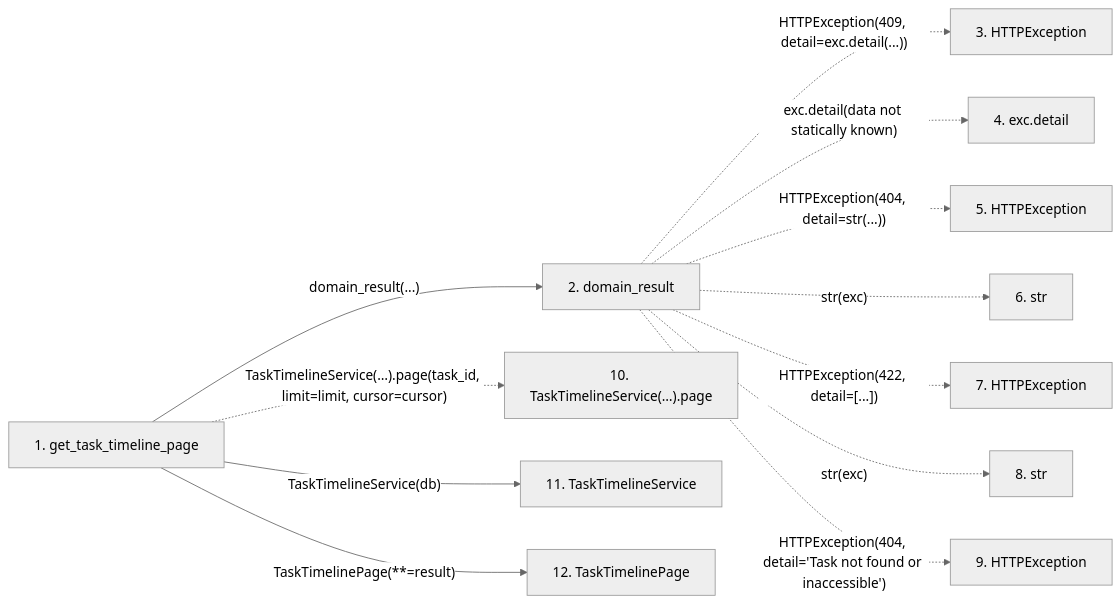
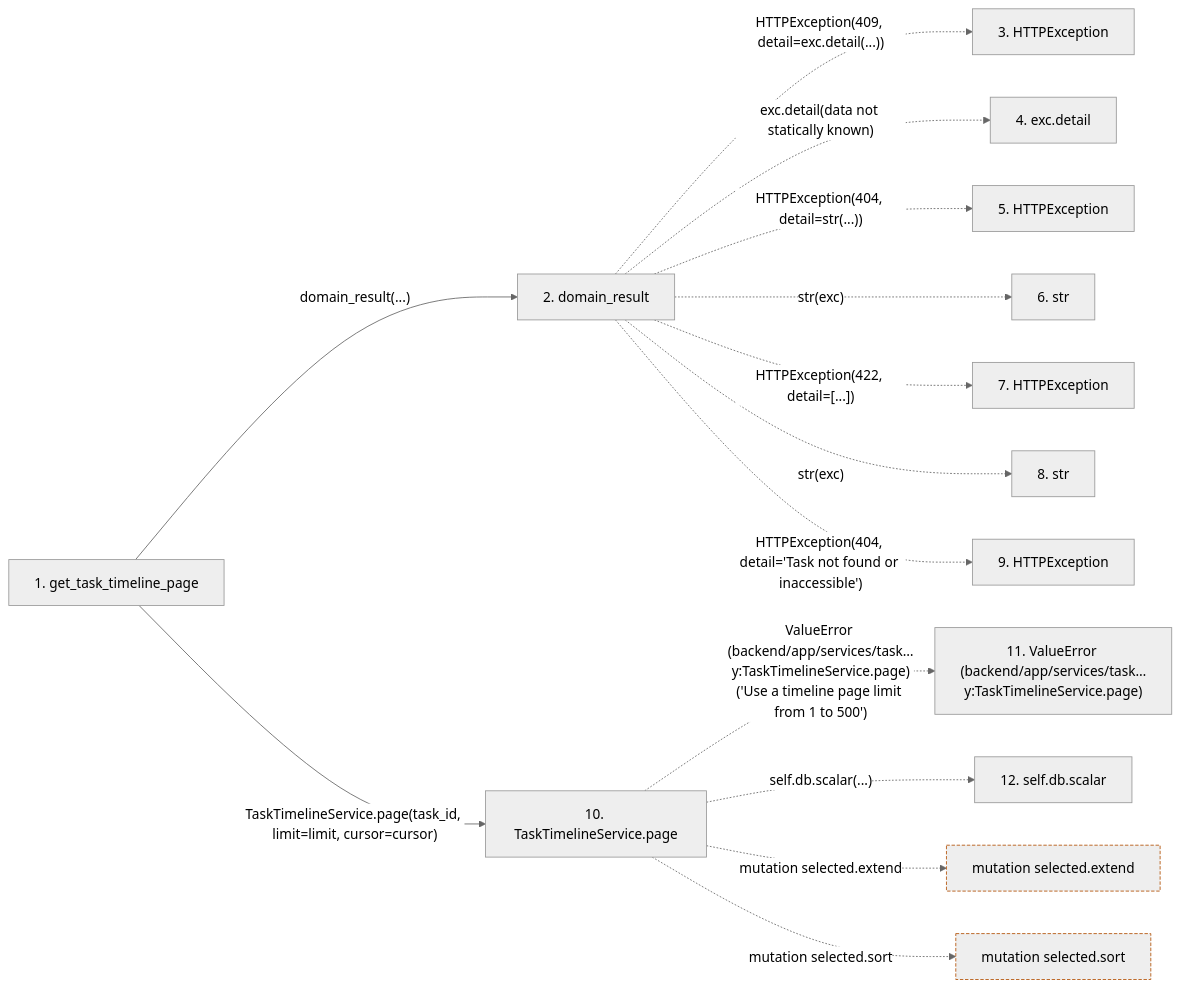
One commit to Denissvgn/WorkChord changed the second of 2 diagrams in docs/llm_wiki/flows/http-get_task_timeline_page.md. Above: the diagram before and after it, drawn with Mermaid (neutral theme). The commit also changed other lines of this file and 25171 other files, not shown here.

````diff
--- a/docs/llm_wiki/flows/http-get_task_timeline_page.md
+++ b/docs/llm_wiki/flows/http-get_task_timeline_page.md
@@ -36,30 +124,36 @@
 ```mermaid
 flowchart LR
     s1["1. get_task_timeline_page"]
     s2["2. domain_result"]
     s3["3. HTTPException"]
     s4["4. exc.detail"]
     s5["5. HTTPException"]
     s6["6. str"]
     s7["7. HTTPException"]
     s8["8. str"]
     s9["9. HTTPException"]
-    s10["10. TaskTimelineService(…).page"]
-    s11["11. TaskTimelineService"]
-    s12["12. TaskTimelinePage"]
+    s10["10. TaskTimelineService.page"]
+    s11["11. ValueError (backend/app/services/task…y:TaskTimelineService.page)"]
+    s12["12. self.db.scalar"]
     s1 -->|"domain_result(...)"| s2
     s2 -. "HTTPException(409, detail=exc.detail(...))" .-> s3
     s2 -. "exc.detail(data not statically known)" .-> s4
     s2 -. "HTTPException(404, detail=str(...))" .-> s5
     s2 -. "str(exc)" .-> s6
     s2 -. "HTTPException(422, detail=[...])" .-> s7
     s2 -. "str(exc)" .-> s8
     s2 -. "HTTPException(404, detail='Task not found or inaccessible')" .-> s9
-    s1 -. "TaskTimelineService(…).page(task_id, limit=limit, cursor=cursor)" .-> s10
-    s1 -->|"TaskTimelineService(db)"| s11
-    s1 -->|"TaskTimelinePage(**=result)"| s12
+    s1 -->|"TaskTimelineService.page(task_id, limit=limit, cursor=cursor)"| s10
+    s10 -. "ValueError (backend/app/services/task…y:TaskTimelineService.page)('Use a timeline page limit from 1 to 500')" .-> s11
+    s10 -. "self.db.scalar(...)" .-> s12
+    b0["mutation selected.extend"]
+    s10 -. "mutation selected.extend" .-> b0
+    b1["mutation selected.sort"]
+    s10 -. "mutation selected.sort" .-> b1
     click s1 "../modules/tasks.md"
     click s2 "../modules/routers_task_domain.md"
-    click s11 "../modules/task_timeline_service.md"
-    click s12 "../modules/schemas_agent.md"
+    click s10 "../modules/task_timeline_service.md"
+    classDef boundary stroke:#b45309,stroke-dasharray: 4 2
+    class b0 boundary
+    class b1 boundary
 ```
````
